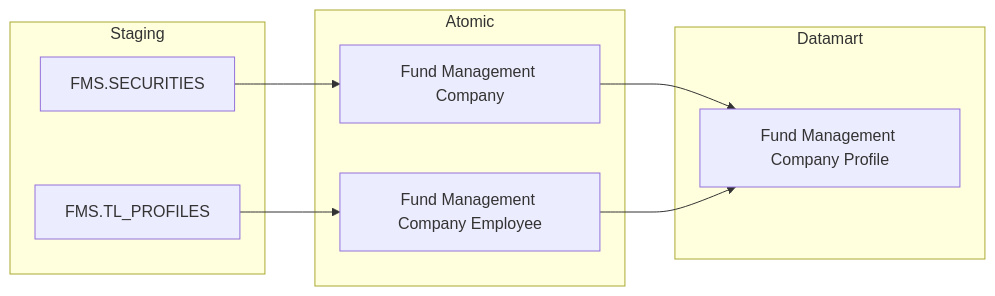
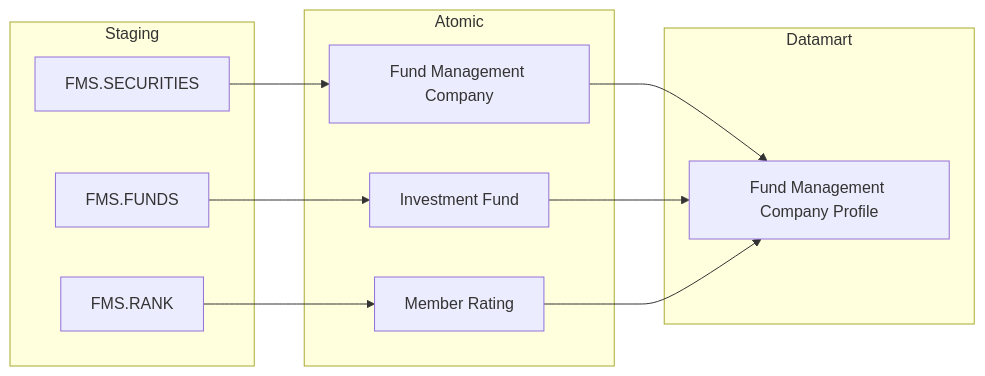
The second of 41 diagrams in Datamart/hld/DTM_QLQ_HLD.md (linhlvit/ubck_atomic_design), drawn with Mermaid before and after one commit. The commit also changed other lines of this file and 28 other files, not shown here.

Commit message:
feat(qlq): add LLD detail mapping, 23 entity table schemas, update HLD, sync datamart model and attributes

````diff
--- a/Datamart/hld/DTM_QLQ_HLD.md
+++ b/Datamart/hld/DTM_QLQ_HLD.md
@@ -13,22 +56,26 @@
 ```mermaid
 flowchart LR
     subgraph SRC["Staging"]
         FMS_SECURITIES["FMS.SECURITIES"]
-        FMS_TLPROFILES["FMS.TL_PROFILES"]
+        FMS_FUNDS["FMS.FUNDS"]
+        FMS_RANK["FMS.RANK"]
     end
 
     subgraph SIL["Atomic"]
         Fund_Management_Company["Fund Management Company"]
-        Fund_Management_Company_Employee["Fund Management Company Employee"]
+        Investment_Fund["Investment Fund"]
+        Member_Rating["Member Rating"]
     end
 
     subgraph GOLD["Datamart"]
         fnd_mgt_co_prf["Fund Management Company Profile"]
     end
 
     FMS_SECURITIES --> Fund_Management_Company
-    FMS_TLPROFILES --> Fund_Management_Company_Employee
+    FMS_FUNDS --> Investment_Fund
+    FMS_RANK --> Member_Rating
 
     Fund_Management_Company --> fnd_mgt_co_prf
-    Fund_Management_Company_Employee --> fnd_mgt_co_prf
+    Investment_Fund --> fnd_mgt_co_prf
+    Member_Rating --> fnd_mgt_co_prf
 ```
````
